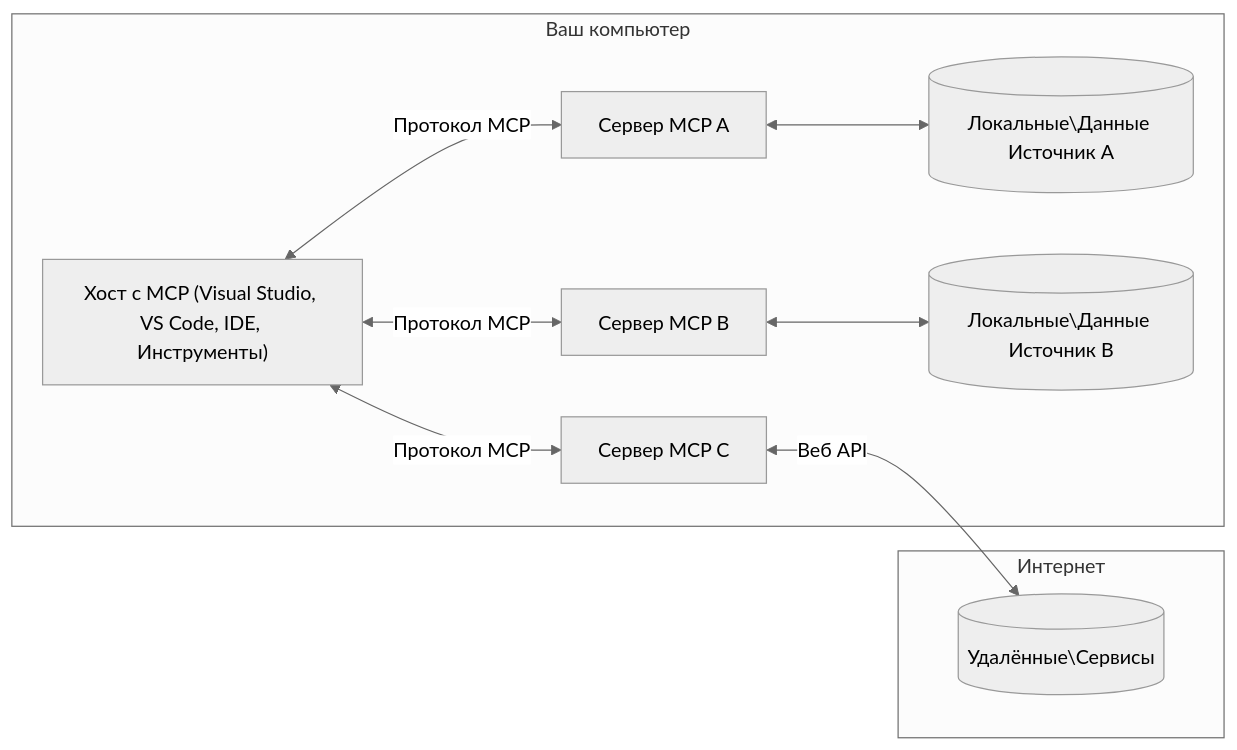
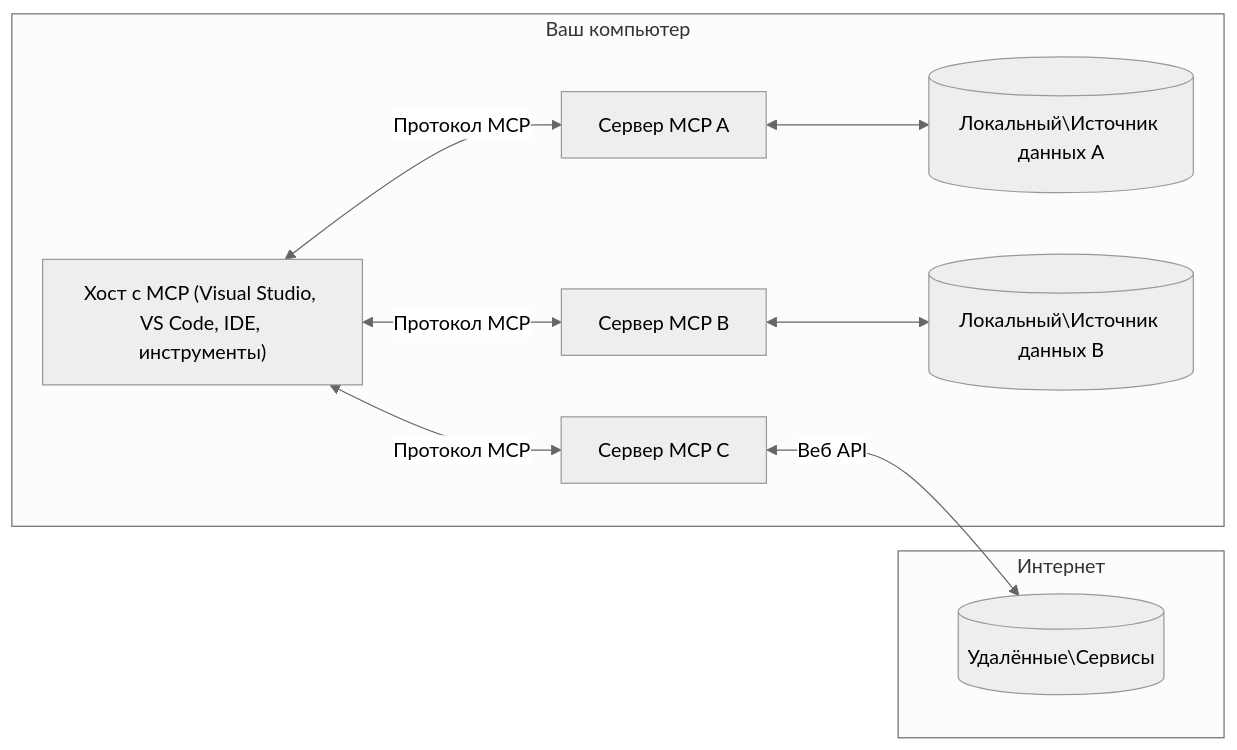
Before and after one commit to HIDORAKAI002/ai-workspace-archive: the diagram in mcp_ecosystem__model_context_protocol/mcp_learning_resources/mcp-for-beginners/translations/ru/01-CoreConcepts/README.md, drawn with Mermaid (neutral theme). The commit also changed other lines of this file and 1046 other files, not shown here.

````diff
--- a/mcp_ecosystem__model_context_protocol/mcp_learning_resources/mcp-for-beginners/translations/ru/01-CoreConcepts/README.md
+++ b/mcp_ecosystem__model_context_protocol/mcp_learning_resources/mcp-for-beginners/translations/ru/01-CoreConcepts/README.md
@@ -45,17 +45,17 @@
 ```mermaid
 flowchart LR
     subgraph "Ваш компьютер"
-        Host["Хост с MCP (Visual Studio, VS Code, IDE, Инструменты)"]
+        Host["Хост с MCP (Visual Studio, VS Code, IDE, инструменты)"]
         S1["Сервер MCP A"]
         S2["Сервер MCP B"]
         S3["Сервер MCP C"]
         Host <-->|"Протокол MCP"| S1
         Host <-->|"Протокол MCP"| S2
         Host <-->|"Протокол MCP"| S3
-        S1 <--> D1[("Локальные\Данные Источник A")]
-        S2 <--> D2[("Локальные\Данные Источник B")]
+        S1 <--> D1[("Локальный\Источник данных A")]
+        S2 <--> D2[("Локальный\Источник данных B")]
     end
     subgraph "Интернет"
         S3 <-->|"Веб API"| D3[("Удалённые\Сервисы")]
     end
-```  
+```
````
